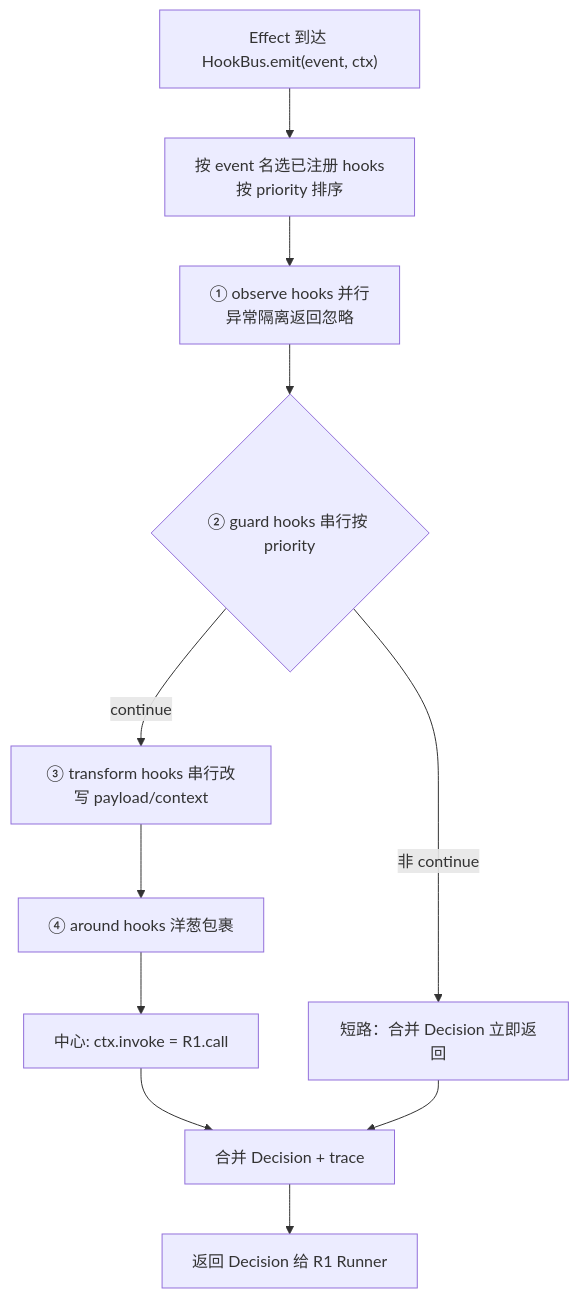
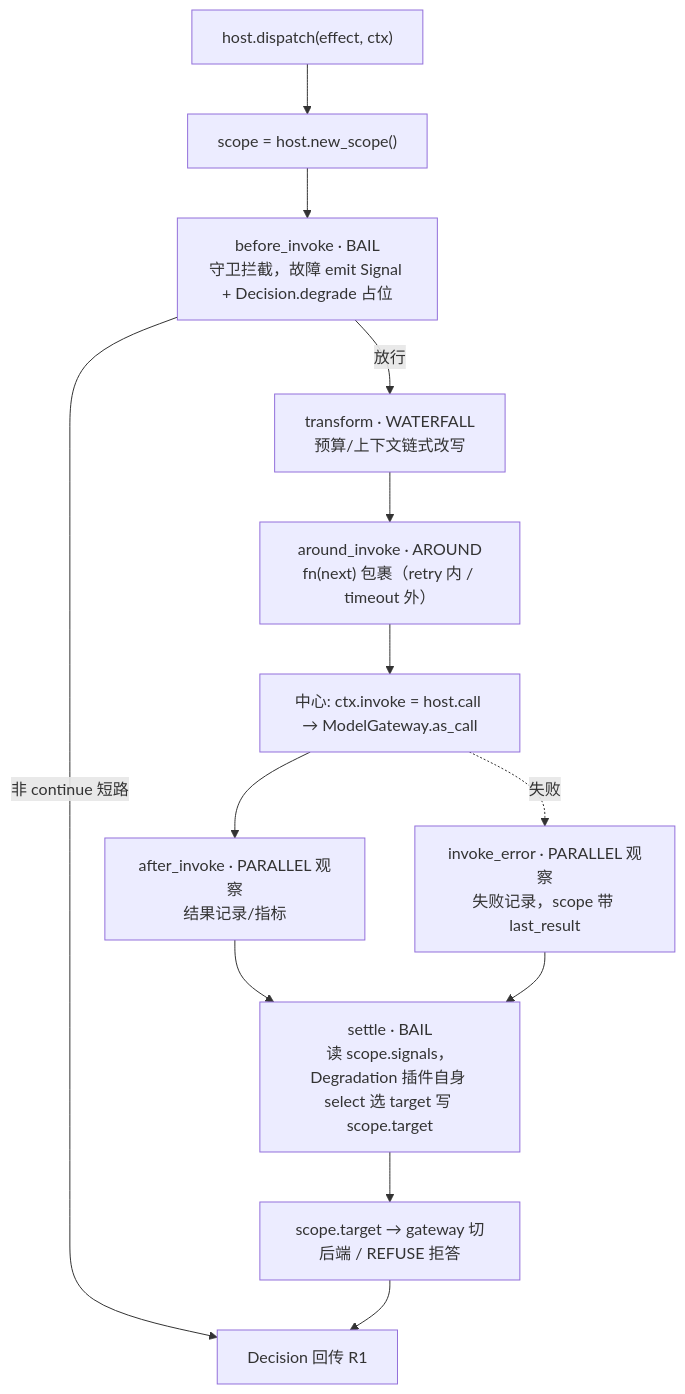
One commit to sao-lang/lll changed the diagram in docs/02-模块详设/Agent/R2-插件总线与协议.md. Above: the diagram before and after it, drawn with Mermaid. The commit also changed other lines of this file and 67 other files, not shown here.

````diff
--- a/docs/02-模块详设/Agent/R2-插件总线与协议.md
+++ b/docs/02-模块详设/Agent/R2-插件总线与协议.md
@@ -21,13 +53,15 @@
 ```mermaid
 flowchart TD
-    E["Effect 到达 HookBus.emit(event, ctx)"] --> SEL["按 event 名选已注册 hooks<br/>按 priority 排序"]
-    SEL --> OBS["① observe hooks 并行<br/>异常隔离返回忽略"]
-    OBS --> G{"② guard hooks 串行按 priority"}
-    G -->|非 continue| SHORT["短路：合并 Decision 立即返回"]
-    G -->|continue| TR["③ transform hooks 串行改写 payload/context"]
-    TR --> AR["④ around hooks 洋葱包裹"]
-    AR --> CORE["中心: ctx.invoke = R1.call"]
-    CORE --> MERGE["合并 Decision + trace"]
-    SHORT --> MERGE
-    MERGE --> OUT["返回 Decision 给 R1 Runner"]
+    E["host.dispatch(effect, ctx)"] --> NS["scope = host.new_scope()"]
+    NS --> BI["before_invoke · BAIL<br/>守卫拦截，故障 emit Signal + Decision.degrade 占位"]
+    BI -->|非 continue 短路| RET["Decision 回传 R1"]
+    BI -->|放行| TR["transform · WATERFALL<br/>预算/上下文链式改写"]
+    TR --> AR["around_invoke · AROUND<br/>fn(next) 包裹（retry 内 / timeout 外）"]
+    AR --> CORE["中心: ctx.invoke = host.call → ModelGateway.as_call"]
+    CORE --> AI["after_invoke · PARALLEL 观察<br/>结果记录/指标"]
+    CORE -.失败.-> IE["invoke_error · PARALLEL 观察<br/>失败记录，scope 带 last_result"]
+    AI --> ST["settle · BAIL<br/>读 scope.signals，Degradation 插件自身 select 选 target 写 scope.target"]
+    IE --> ST
+    ST --> T["scope.target → gateway 切后端 / REFUSE 拒答"]
+    T --> RET
 ```
````
